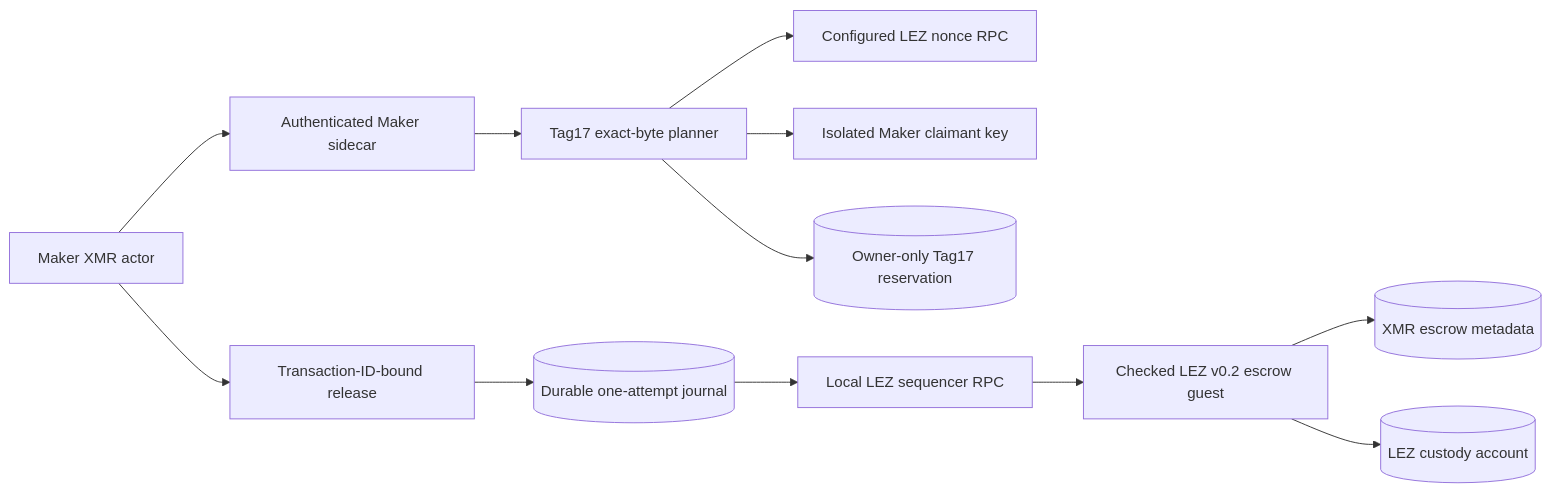
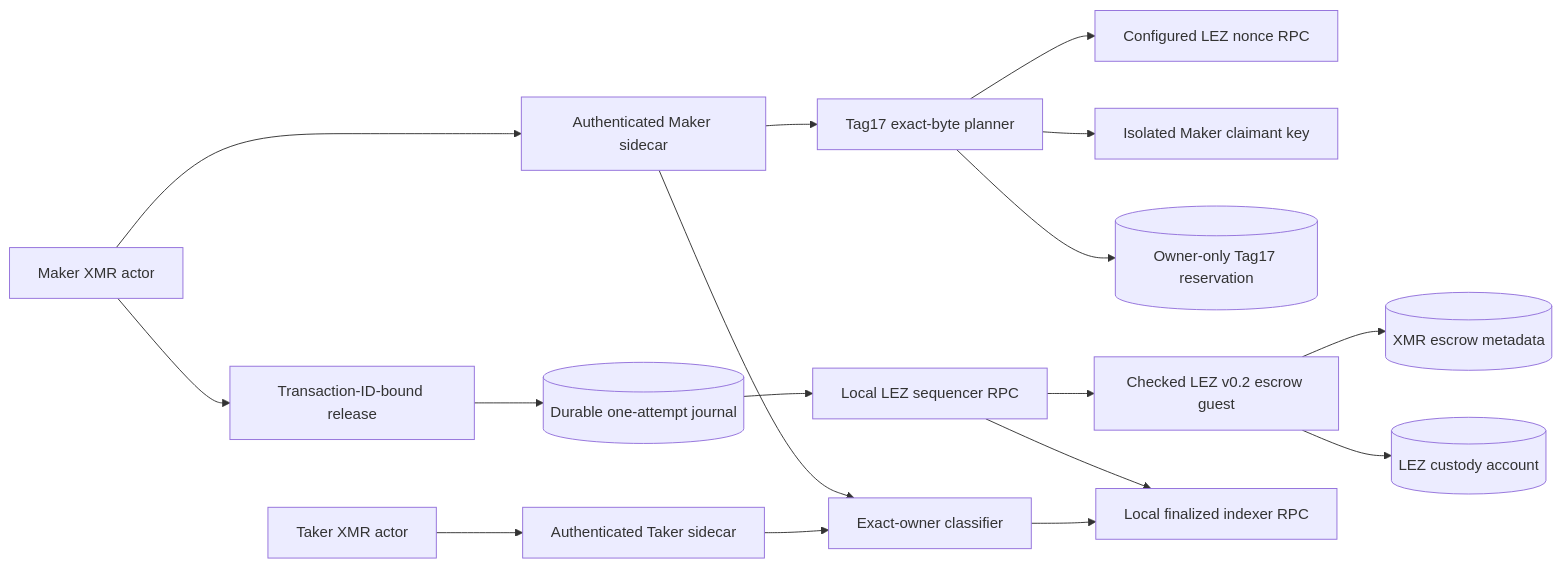
Before and after one commit to gateway-fm/lez-atomic-swaps: the first of 2 diagrams in docs/architecture/0158-prepare-and-release-tag17-once.md, drawn with Mermaid. The commit also changed other lines of this file and 9 other files, not shown here.

````diff
--- a/docs/architecture/0158-prepare-and-release-tag17-once.md
+++ b/docs/architecture/0158-prepare-and-release-tag17-once.md
@@ -40,14 +40,19 @@
 ```mermaid
 flowchart LR
     MakerActor["Maker XMR actor"] --> MakerSidecar["Authenticated Maker sidecar"]
     MakerSidecar --> Planner["Tag17 exact-byte planner"]
     Planner --> Nonce["Configured LEZ nonce RPC"]
     Planner --> Key["Isolated Maker claimant key"]
     Planner --> Reservation[("Owner-only Tag17 reservation")]
     MakerActor --> Release["Transaction-ID-bound release"]
     Release --> Journal[("Durable one-attempt journal")]
     Journal --> Sequencer["Local LEZ sequencer RPC"]
     Sequencer --> Guest["Checked LEZ v0.2 escrow guest"]
     Guest --> Metadata[("XMR escrow metadata")]
     Guest --> Custody[("LEZ custody account")]
+    Sequencer --> Indexer["Local finalized indexer RPC"]
+    MakerSidecar --> Classifier["Exact-owner classifier"]
+    TakerActor["Taker XMR actor"] --> TakerSidecar["Authenticated Taker sidecar"]
+    TakerSidecar --> Classifier
+    Classifier --> Indexer
 ```
````
